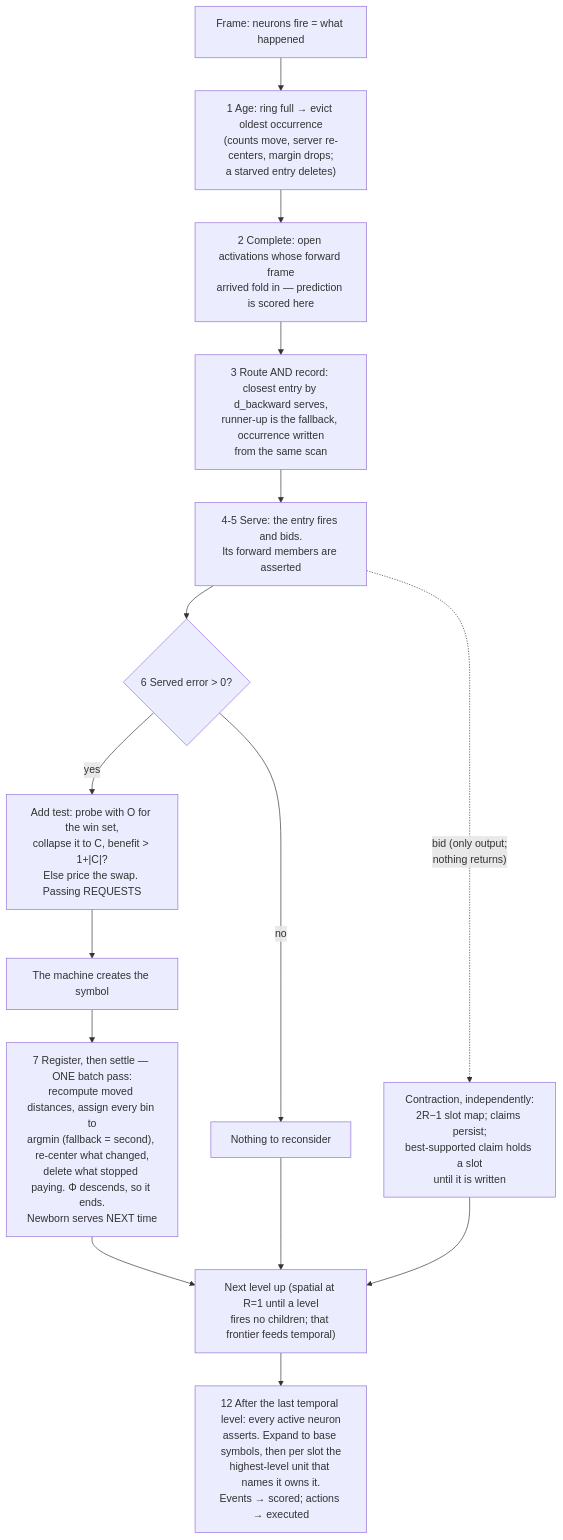
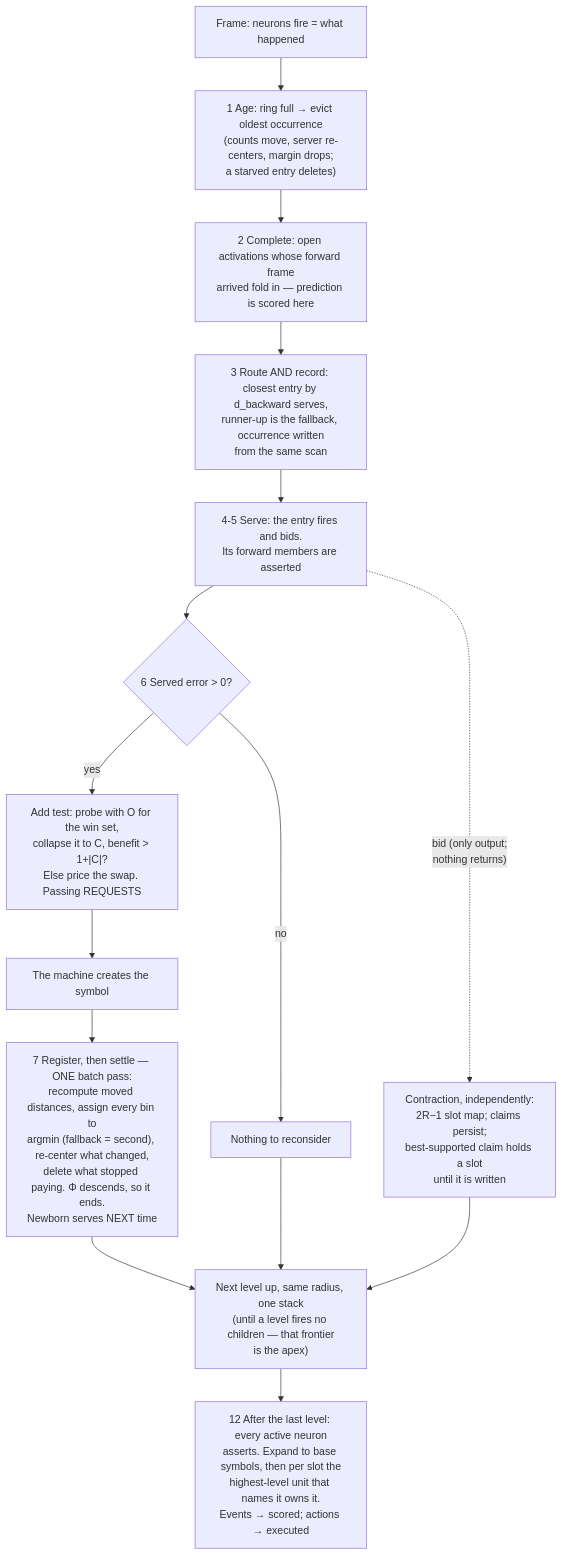
The diagram in docs/algorithm.md (cucar/robot_brain), drawn with Mermaid before and after one commit. The commit also changed other lines of this file, not shown here.

First line of the commit message:
@ docs: one stack, spatio-temporal at every level

````diff
--- a/docs/algorithm.md
+++ b/docs/algorithm.md
@@ -915,17 +940,17 @@
 ```mermaid
 flowchart TD
     A["Frame: neurons fire = what happened"] --> B["1 Age: ring full → evict oldest occurrence<br/>(counts move, server re-centers, margin drops;<br/>a starved entry deletes)"]
     B --> C["2 Complete: open activations whose forward frame<br/>arrived fold in — prediction is scored here"]
     C --> D["3 Route AND record: closest entry by d_backward serves,<br/>runner-up is the fallback, occurrence written<br/>from the same scan"]
     D --> E["4-5 Serve: the entry fires and bids.<br/>Its forward members are asserted"]
     E -.->|"bid (only output;<br/>nothing returns)"| X["Contraction, independently:<br/>2R−1 slot map; claims persist;<br/>best-supported claim holds a slot<br/>until it is written"]
     E --> L{"6 Served error > 0?"}
     L -->|yes| M["Add test: probe with O for the win set,<br/>collapse it to C, benefit > 1+|C|?<br/>Else price the swap. Passing REQUESTS"]
     M --> P["The machine creates the symbol"]
     P --> Q["7 Register, then settle — ONE batch pass:<br/>recompute moved distances, assign every bin to<br/>argmin (fallback = second), re-center what changed,<br/>delete what stopped paying. Φ descends, so it ends.<br/>Newborn serves NEXT time"]
     L -->|no| N["Nothing to reconsider"]
-    Q --> O["Next level up (spatial at R=1 until a level<br/>fires no children; that frontier feeds temporal)"]
+    Q --> O["Next level up, same radius, one stack<br/>(until a level fires no children — that frontier<br/>is the apex)"]
     N --> O
     X --> O
-    O --> Y["12 After the last temporal level: every active neuron<br/>asserts. Expand to base symbols, then per slot the<br/>highest-level unit that names it owns it.<br/>Events → scored; actions → executed"]
+    O --> Y["12 After the last level: every active neuron<br/>asserts. Expand to base symbols, then per slot the<br/>highest-level unit that names it owns it.<br/>Events → scored; actions → executed"]
 ```
````
